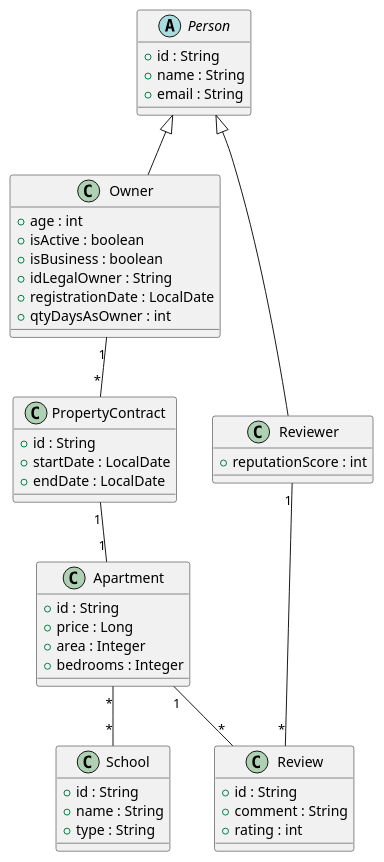
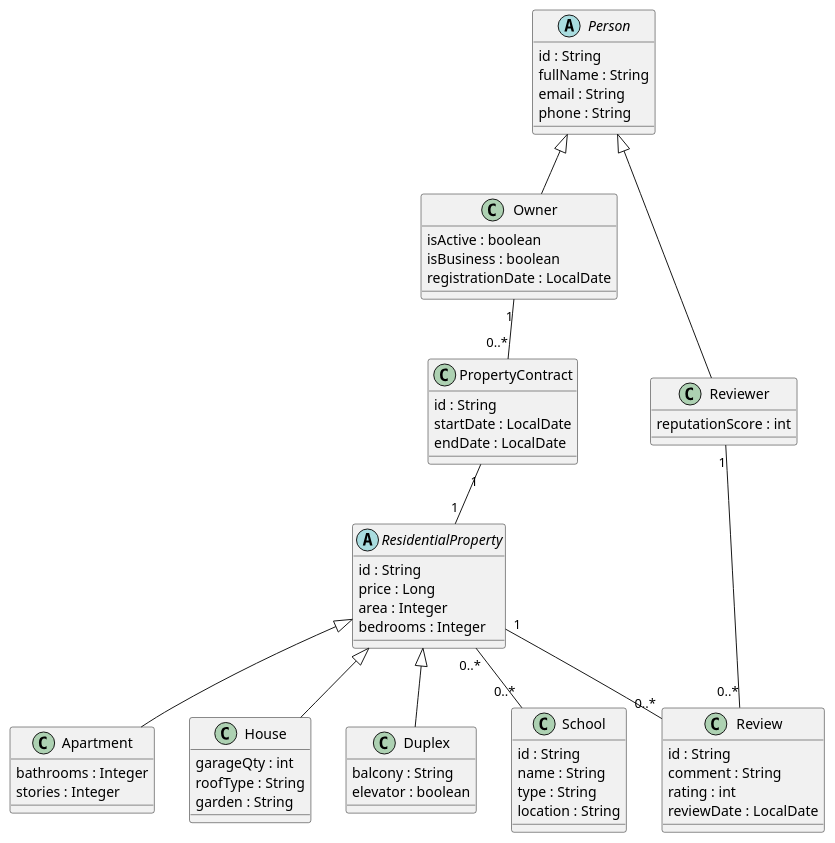
One commit to dinhoimbr2-alt/ApartmentPredictorDos changed the diagram in docs/LAB#02/LAB02-uml.puml. Above: the diagram before and after it, drawn with PlantUML.

Commit message:
Refactor UML: introduce ResidentialProperty hierarchy and PropertyContract relationships

```diff
--- a/docs/LAB#02/LAB02-uml.puml
+++ b/docs/LAB#02/LAB02-uml.puml
@@ -3,58 +1,103 @@
 @startuml
+skinparam classAttributeIconSize 0
+
+' =========================
+' PERSON HIERARCHY
+' =========================
 
 abstract class Person {
-  +id : String
-  +name : String
-  +email : String
+    id : String
+    fullName : String
+    email : String
+    phone : String
 }
 
 class Owner {
-  +age : int
-  +isActive : boolean
-  +isBusiness : boolean
-  +idLegalOwner : String
-  +registrationDate : LocalDate
-  +qtyDaysAsOwner : int
+    isActive : boolean
+    isBusiness : boolean
+    registrationDate : LocalDate
 }
 
 class Reviewer {
-  +reputationScore : int
+    reputationScore : int
 }
 
 Person <|-- Owner
 Person <|-- Reviewer
 
-class Apartment {
-  +id : String
-  +price : Long
-  +area : Integer
-  +bedrooms : Integer
+
+' =========================
+' PROPERTY HIERARCHY
+' =========================
+
+abstract class ResidentialProperty {
+    id : String
+    price : Long
+    area : Integer
+    bedrooms : Integer
 }
 
-class School {
-  +id : String
-  +name : String
-  +type : String
+class Apartment {
+    bathrooms : Integer
+    stories : Integer
 }
 
-class Review {
-  +id : String
-  +comment : String
-  +rating : int
+class House {
+    garageQty : int
+    roofType : String
+    garden : String
 }
 
-class PropertyContract {
-  +id : String
-  +startDate : LocalDate
-  +endDate : LocalDate
+class Duplex {
+    balcony : String
+    elevator : boolean
 }
 
-Owner "1" -- "*" PropertyContract
-PropertyContract "1" -- "1" Apartment
+ResidentialProperty <|-- Apartment
+ResidentialProperty <|-- House
+ResidentialProperty <|-- Duplex
 
-Apartment "1" -- "*" Review
-Reviewer "1" -- "*" Review
 
-Apartment "*" -- "*" School
+' =========================
+' CONTRACT
+' =========================
+
+class PropertyContract {
+    id : String
+    startDate : LocalDate
+    endDate : LocalDate
+}
+
+Owner "1" -- "0..*" PropertyContract
+PropertyContract "1" -- "1" ResidentialProperty
+
+
+' =========================
+' REVIEW SYSTEM
+' =========================
+
+class Review {
+    id : String
+    comment : String
+    rating : int
+    reviewDate : LocalDate
+}
+
+ResidentialProperty "1" -- "0..*" Review
+Reviewer "1" -- "0..*" Review
+
+
+' =========================
+' SCHOOL RELATION
+' =========================
+
+class School {
+    id : String
+    name : String
+    type : String
+    location : String
+}
+
+ResidentialProperty "0..*" -- "0..*" School
 
 @enduml
```
